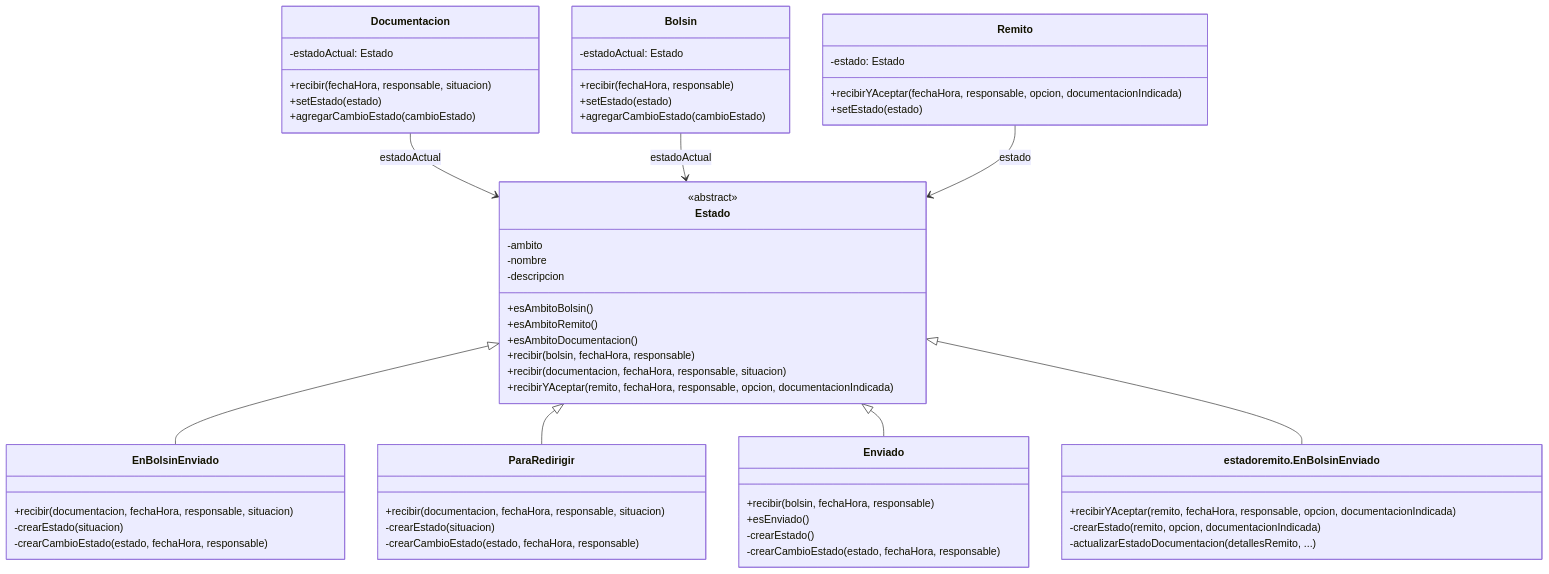
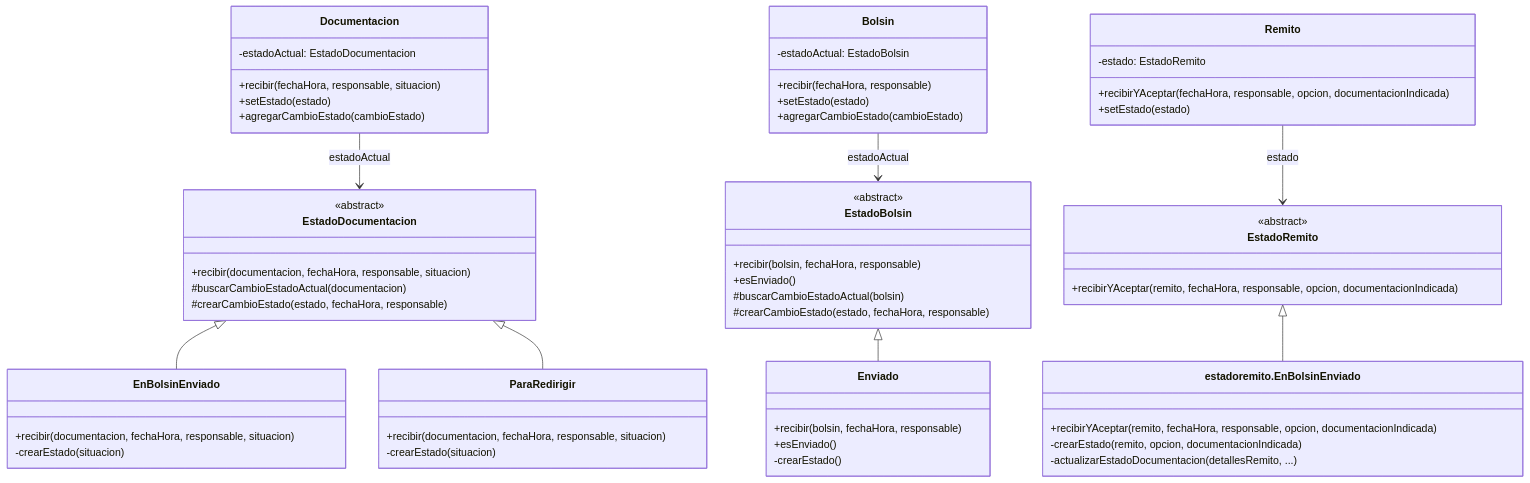
Before and after one commit to StefaNovaliere/DSI-PPAI: the diagram in README.md, drawn with Mermaid. The commit also changed other lines of this file and 57 other files, not shown here.

````diff
--- a/README.md
+++ b/README.md
@@ -224,60 +222,62 @@
 ```mermaid
 classDiagram
-    class Estado {
-        <<abstract>>
-        -ambito
-        -nombre
-        -descripcion
-        +esAmbitoBolsin()
-        +esAmbitoRemito()
-        +esAmbitoDocumentacion()
-        +recibir(bolsin, fechaHora, responsable)
-        +recibir(documentacion, fechaHora, responsable, situacion)
-        +recibirYAceptar(remito, fechaHora, responsable, opcion, documentacionIndicada)
-    }
     class Documentacion {
-        -estadoActual: Estado
+        -estadoActual: EstadoDocumentacion
         +recibir(fechaHora, responsable, situacion)
         +setEstado(estado)
         +agregarCambioEstado(cambioEstado)
     }
+    class EstadoDocumentacion {
+        <<abstract>>
+        +recibir(documentacion, fechaHora, responsable, situacion)
+        #buscarCambioEstadoActual(documentacion)
+        #crearCambioEstado(estado, fechaHora, responsable)
+    }
     class EnBolsinEnviado {
         +recibir(documentacion, fechaHora, responsable, situacion)
         -crearEstado(situacion)
-        -crearCambioEstado(estado, fechaHora, responsable)
     }
     class ParaRedirigir {
         +recibir(documentacion, fechaHora, responsable, situacion)
         -crearEstado(situacion)
-        -crearCambioEstado(estado, fechaHora, responsable)
     }
     class Bolsin {
-        -estadoActual: Estado
+        -estadoActual: EstadoBolsin
         +recibir(fechaHora, responsable)
         +setEstado(estado)
         +agregarCambioEstado(cambioEstado)
+    }
+    class EstadoBolsin {
+        <<abstract>>
+        +recibir(bolsin, fechaHora, responsable)
+        +esEnviado()
+        #buscarCambioEstadoActual(bolsin)
+        #crearCambioEstado(estado, fechaHora, responsable)
     }
     class Enviado {
         +recibir(bolsin, fechaHora, responsable)
         +esEnviado()
         -crearEstado()
-        -crearCambioEstado(estado, fechaHora, responsable)
     }
     class Remito {
-        -estado: Estado
+        -estado: EstadoRemito
         +recibirYAceptar(fechaHora, responsable, opcion, documentacionIndicada)
         +setEstado(estado)
+    }
+    class EstadoRemito {
+        <<abstract>>
+        +recibirYAceptar(remito, fechaHora, responsable, opcion, documentacionIndicada)
     }
     class EnBolsinEnviadoRemito["estadoremito.EnBolsinEnviado"] {
         +recibirYAceptar(remito, fechaHora, responsable, opcion, documentacionIndicada)
         -crearEstado(remito, opcion, documentacionIndicada)
         -actualizarEstadoDocumentacion(detallesRemito, ...)
     }
-    Documentacion --> Estado : estadoActual
-    Bolsin --> Estado : estadoActual
-    Remito --> Estado : estado
-    Estado <|-- EnBolsinEnviado
-    Estado <|-- ParaRedirigir
-    Estado <|-- Enviado
-    Estado <|-- EnBolsinEnviadoRemito
+    Documentacion --> EstadoDocumentacion : estadoActual
+    EstadoDocumentacion <|-- EnBolsinEnviado
+    EstadoDocumentacion <|-- ParaRedirigir
+    Bolsin --> EstadoBolsin : estadoActual
+    EstadoBolsin <|-- Enviado
+    Remito --> EstadoRemito : estado
+    EstadoRemito <|-- EnBolsinEnviadoRemito
 ```
````
